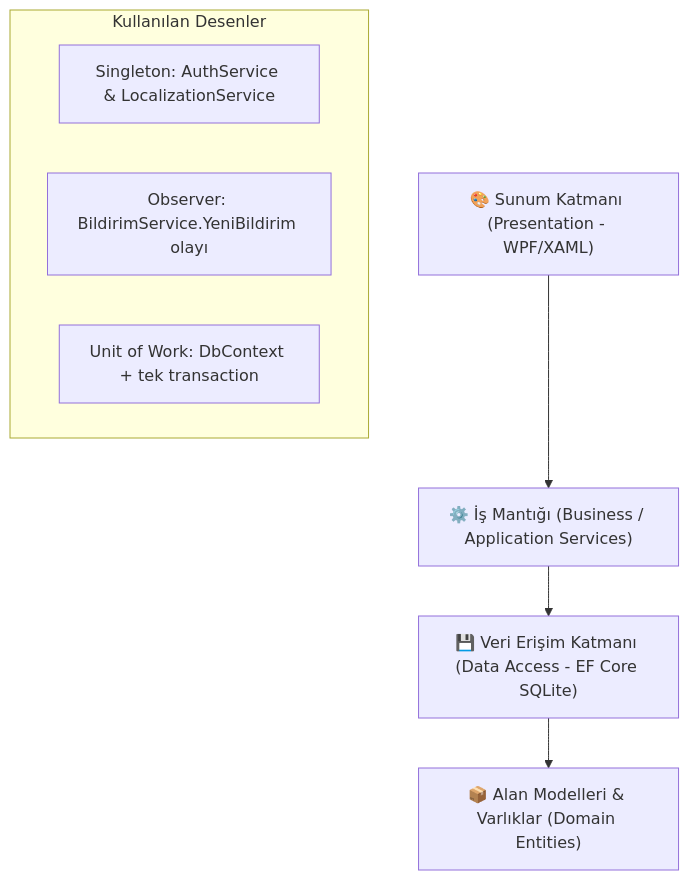
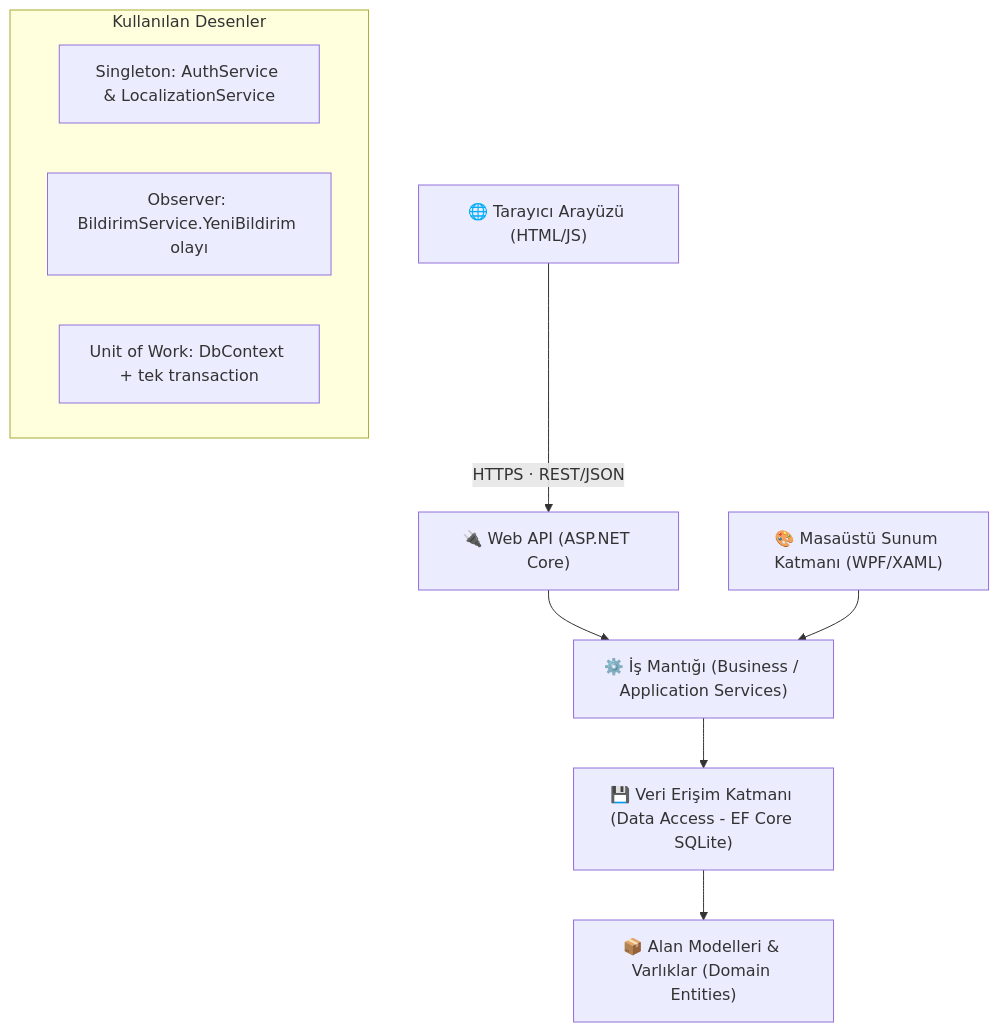
Before and after one commit to sudenurozturkk/KutuphaneOtomasyonu: the diagram in README.md, drawn with Mermaid. The commit also changed other lines of this file and 8 other files, not shown here.

First line of the commit message:
docs: cevrimici kullanim, Web API ve guncel UML diyagramlari

````diff
--- a/README.md
+++ b/README.md
@@ -37,12 +40,14 @@
 ```mermaid
 graph TD
-    UI["🎨 Sunum Katmanı (Presentation - WPF/XAML)"] --> Service["⚙️ İş Mantığı (Business / Application Services)"]
+    Web["🌐 Tarayıcı Arayüzü (HTML/JS)"] -->|HTTPS · REST/JSON| Api["🔌 Web API (ASP.NET Core)"]
+    Api --> Service
+    UI["🎨 Masaüstü Sunum Katmanı (WPF/XAML)"] --> Service["⚙️ İş Mantığı (Business / Application Services)"]
     Service --> Data["💾 Veri Erişim Katmanı (Data Access - EF Core SQLite)"]
     Data --> Domain["📦 Alan Modelleri & Varlıklar (Domain Entities)"]
 
     subgraph "Kullanılan Desenler"
         S["Singleton: AuthService & LocalizationService"]
         O["Observer: BildirimService.YeniBildirim olayı"]
         U["Unit of Work: DbContext + tek transaction"]
     end
 ```
````
